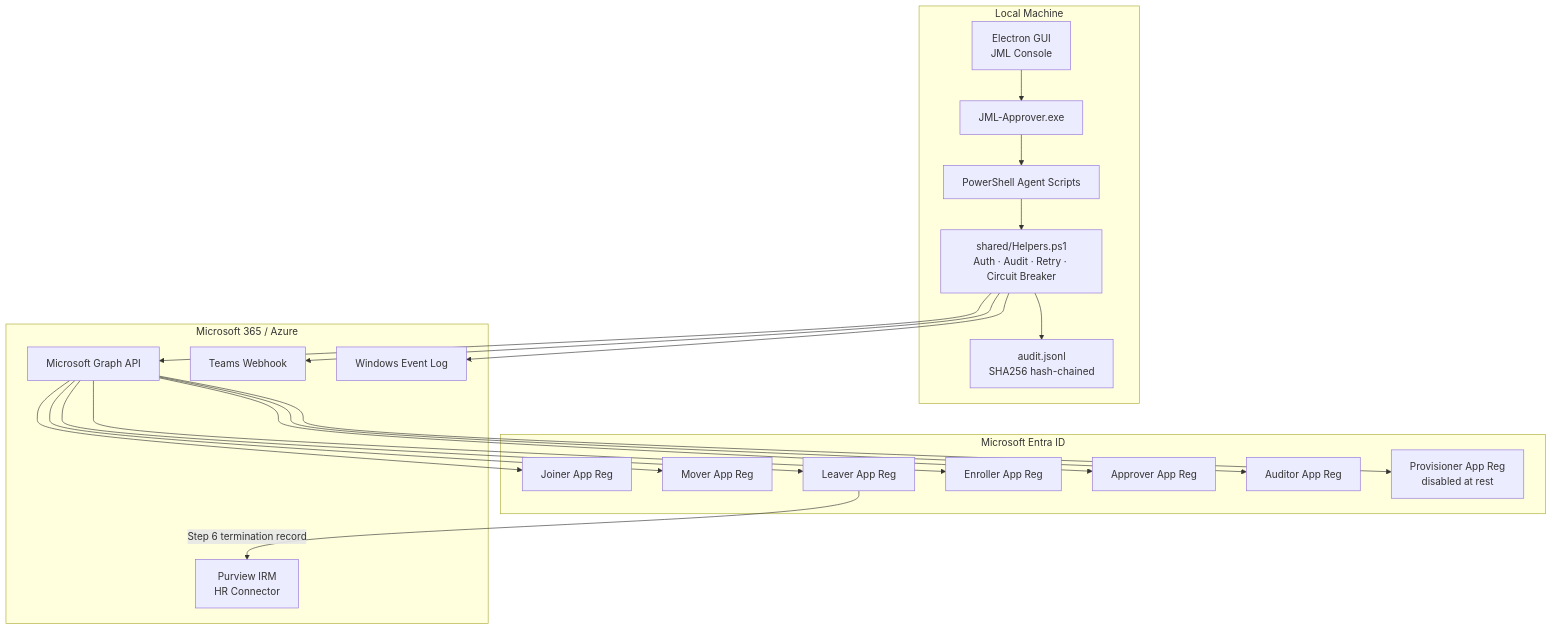
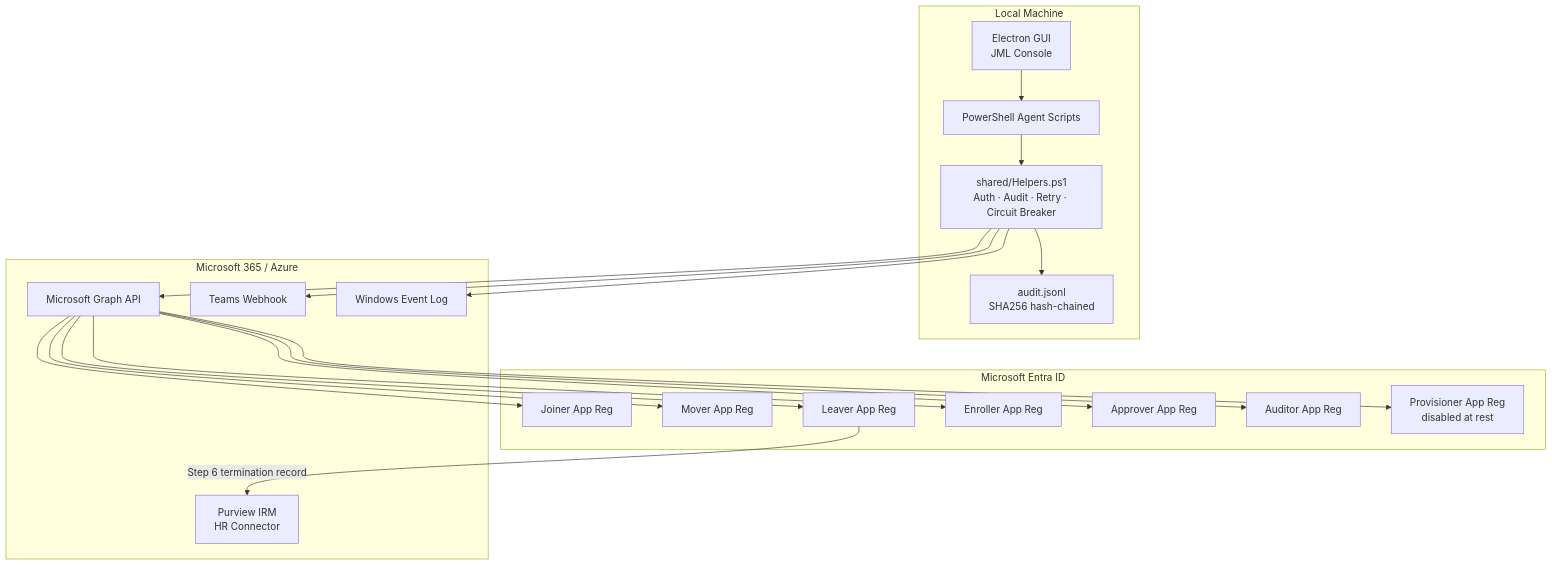
One commit to TrickyDanceMoves/jml-agent-fleet changed the diagram in docs/architecture.md. Above: the diagram before and after it, drawn with Mermaid. The commit also changed other lines of this file and 9 other files, not shown here.

````diff
--- a/docs/architecture.md
+++ b/docs/architecture.md
@@ -5,36 +5,35 @@
 ```mermaid
 graph TB
     subgraph Local["Local Machine"]
         EL[Electron GUI\nJML Console]
-        APEXE[JML-Approver.exe]
         PS[PowerShell Agent Scripts]
         SHARED[shared/Helpers.ps1\nAuth · Audit · Retry · Circuit Breaker]
         AUDIT[audit.jsonl\nSHA256 hash-chained]
     end
 
     subgraph Entra["Microsoft Entra ID"]
         J[Joiner App Reg]
         M[Mover App Reg]
         L[Leaver App Reg]
         E[Enroller App Reg]
         AP[Approver App Reg]
         AU[Auditor App Reg]
         PR[Provisioner App Reg\ndisabled at rest]
     end
 
     subgraph M365["Microsoft 365 / Azure"]
         GRAPH[Microsoft Graph API]
         TEAMS[Teams Webhook]
         EVTLOG[Windows Event Log]
         PURVIEW[Purview IRM\nHR Connector]
     end
 
-    EL --> APEXE --> PS
+    EL --> PS
     PS --> SHARED
     SHARED --> GRAPH
     GRAPH --> J & M & L & E & AP & AU & PR
     SHARED --> AUDIT
     SHARED --> TEAMS
     SHARED --> EVTLOG
     L -->|Step 6 termination record| PURVIEW
 ```
````
